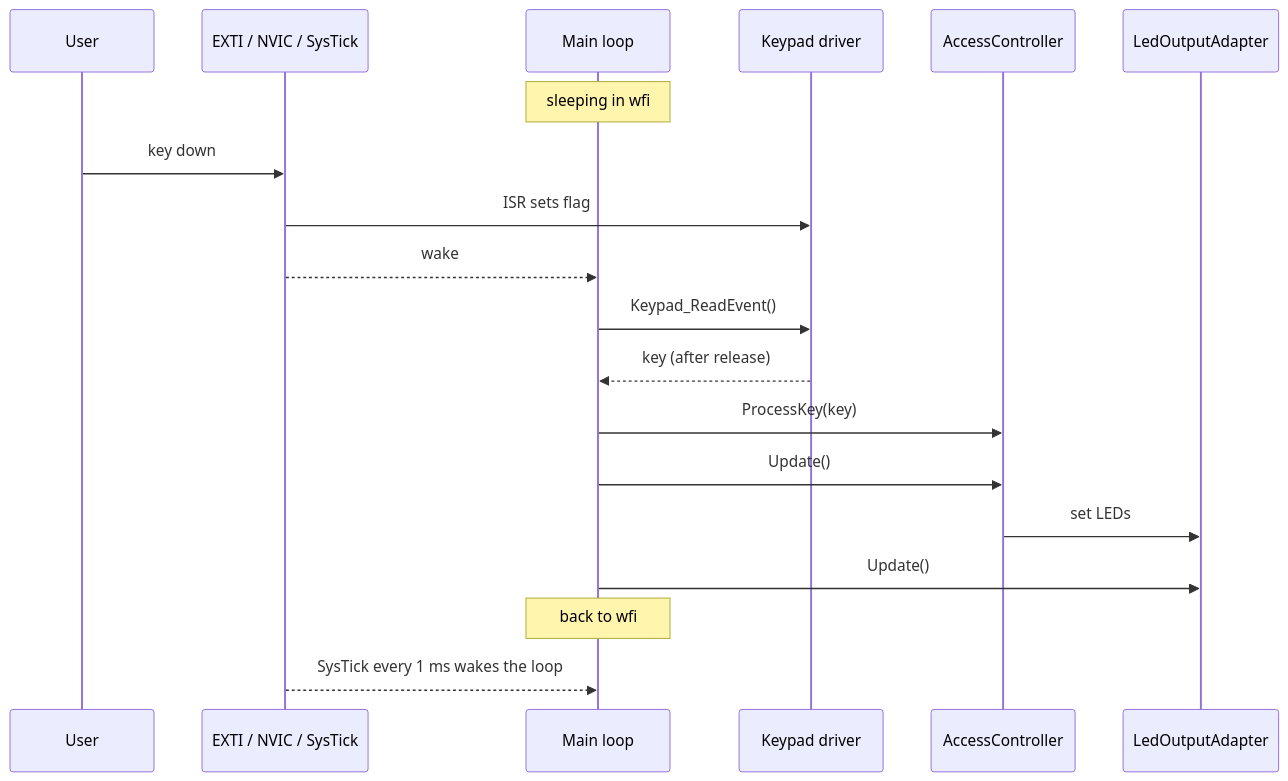
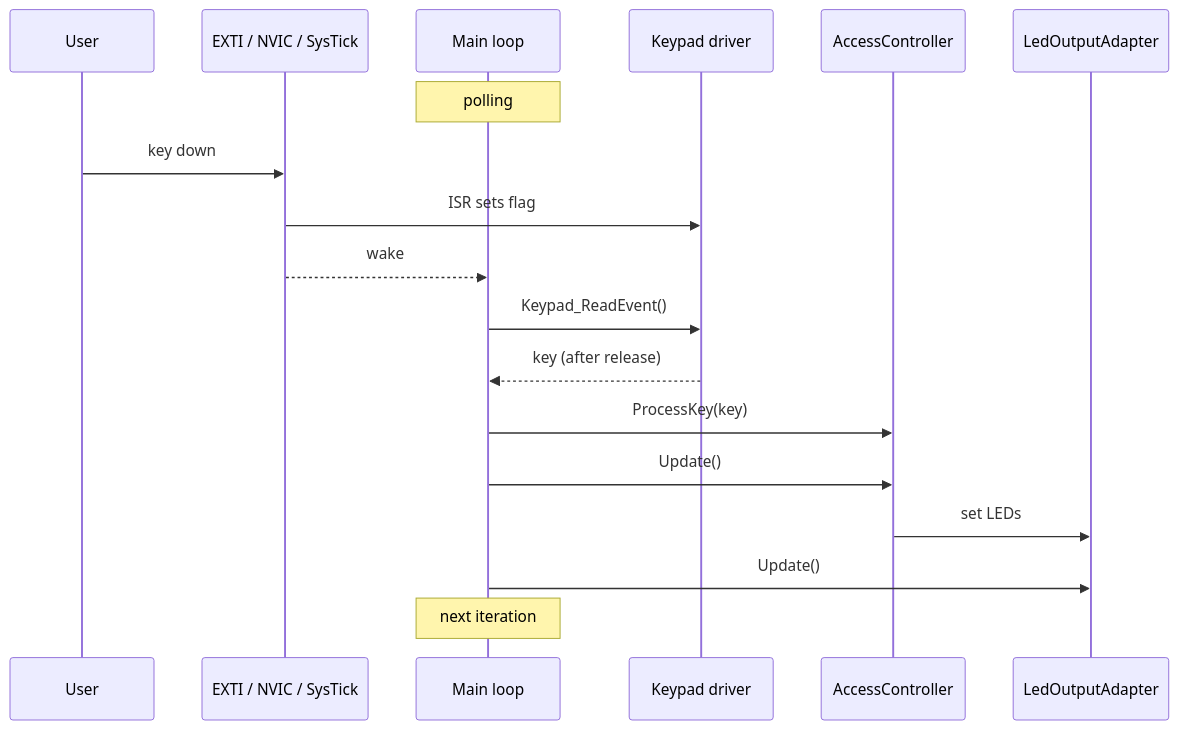
The third of 7 diagrams in Docs/03-design.md (koenigr/stm32f407-register-level-access-control), drawn with Mermaid before and after one commit. The commit also changed other lines of this file and 6 other files, not shown here.

````diff
--- a/Docs/03-design.md
+++ b/Docs/03-design.md
@@ -302,22 +302,21 @@
 ```mermaid
 sequenceDiagram
     participant U as User
     participant HW as EXTI / NVIC / SysTick
     participant ML as Main loop
     participant KD as Keypad driver
     participant AC as AccessController
     participant LA as LedOutputAdapter
 
-    Note over ML: sleeping in wfi
+    Note over ML: polling
     U->>HW: key down
     HW->>KD: ISR sets flag
     HW-->>ML: wake
     ML->>KD: Keypad_ReadEvent()
     KD-->>ML: key (after release)
     ML->>AC: ProcessKey(key)
     ML->>AC: Update()
     AC->>LA: set LEDs
     ML->>LA: Update()
-    Note over ML: back to wfi
-    HW-->>ML: SysTick every 1 ms wakes the loop
+    Note over ML: next iteration
 ```
````
